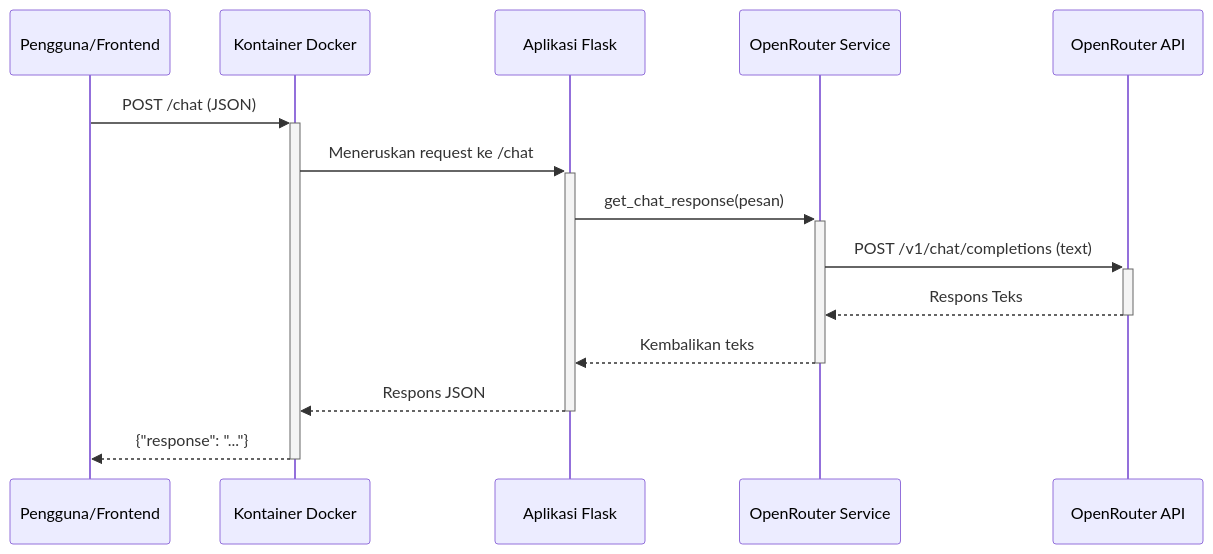
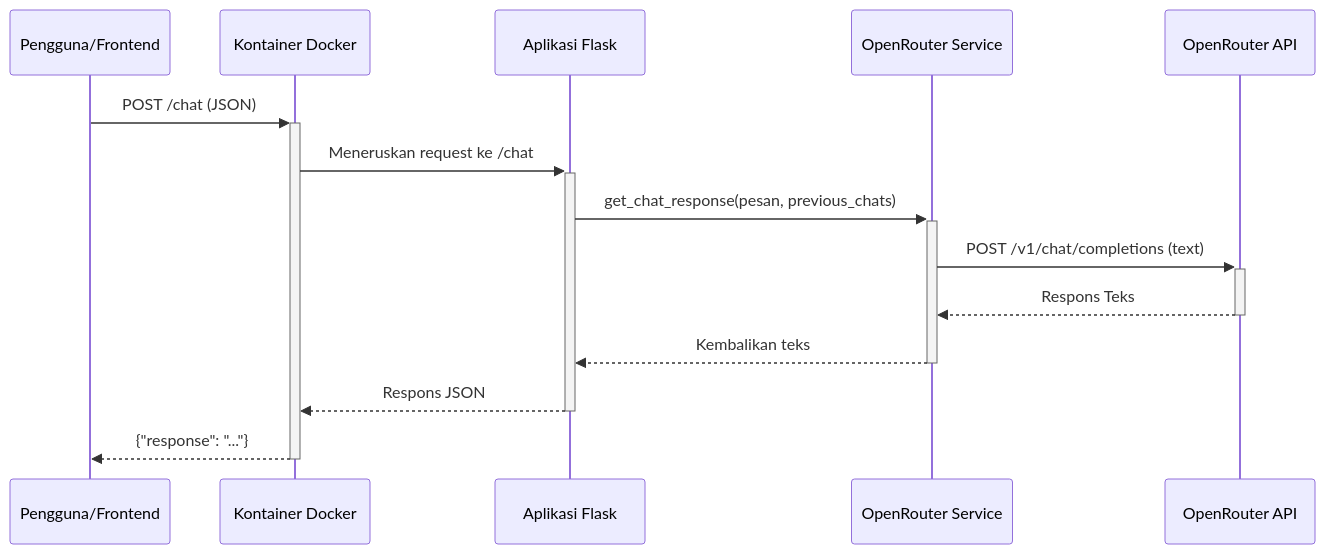
Before and after one commit to eldntr/ai-moneyvesto: the first of 3 diagrams in README.md, drawn with Mermaid. The commit also changed other lines of this file and 2 other files, not shown here.

Commit message:
feat: adding previous chat

````diff
--- a/README.md
+++ b/README.md
@@ -7,17 +7,17 @@
 ```mermaid
 sequenceDiagram
     participant Klien as Pengguna/Frontend
     participant Docker as Kontainer Docker
     participant Flask as Aplikasi Flask
     participant Service as OpenRouter Service
     participant OpenRouter as OpenRouter API
 
     Klien->>+Docker: POST /chat (JSON)
     Docker->>+Flask: Meneruskan request ke /chat
-    Flask->>+Service: get_chat_response(pesan)
+    Flask->>+Service: get_chat_response(pesan, previous_chats)
     Service->>+OpenRouter: POST /v1/chat/completions (text)
     OpenRouter-->>-Service: Respons Teks
     Service-->>-Flask: Kembalikan teks
     Flask-->>-Docker: Respons JSON
-    Docker-->>-Klien: {"response": "..."}
+    Docker-->>-Klien: {"response": "..."} 
 ```
````
